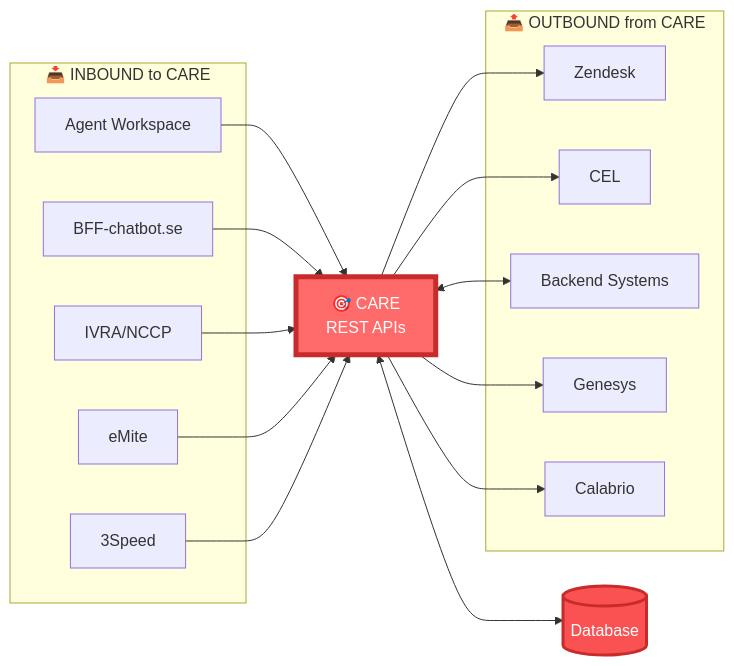
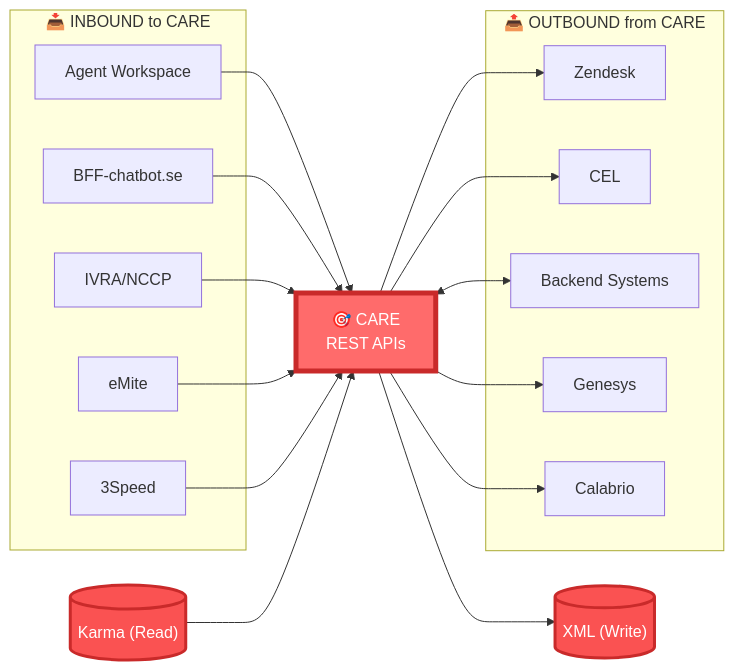
One commit to gill001-Tre/CCT-apps-understanding-document changed the second of 2 diagrams in CARE/Care integration flow.md. Above: the diagram before and after it, drawn with Mermaid. The commit also changed other lines of this file and 2 other files, not shown here.

Commit message:
Update CARE architecture: Replace direct database with Karma (read from CRM PeopleSoft) and XML (write)

````diff
--- a/CARE/Care integration flow.md
+++ b/CARE/Care integration flow.md
@@ -121,38 +125,41 @@
 ```mermaid
 graph LR
     subgraph IN["📥 INBOUND to CARE"]
         IN1[Agent Workspace]
         IN2[BFF-chatbot.se]
         IN3[IVRA/NCCP]
         IN4[eMite]
         IN5[3Speed]
     end
     
     CARE["🎯 CARE<br/>REST APIs"]
-    DB[(Database)]
+    Karma[("Karma (Read)")]
+    XML[("XML (Write)")]
     
     subgraph OUT["📤 OUTBOUND from CARE"]
         OUT1[Zendesk]
         OUT2[CEL]
         OUT3[Backend Systems]
         OUT4[Genesys]
         OUT5[Calabrio]
     end
     
     IN1 --> CARE
     IN2 --> CARE
     IN3 --> CARE
     IN4 --> CARE
     IN5 --> CARE
     
-    CARE <--> DB
+    Karma --> CARE
+    CARE --> XML
     
     CARE --> OUT1
     CARE --> OUT2
     CARE <--> OUT3
     CARE --> OUT4
     CARE --> OUT5
     
     style CARE fill:#ff6b6b,stroke:#c92a2a,stroke-width:5px,color:#fff
-    style DB fill:#fa5252,stroke:#c92a2a,stroke-width:3px,color:#fff
+    style Karma fill:#fa5252,stroke:#c92a2a,stroke-width:3px,color:#fff
+    style XML fill:#fa5252,stroke:#c92a2a,stroke-width:3px,color:#fff
 ```
````
